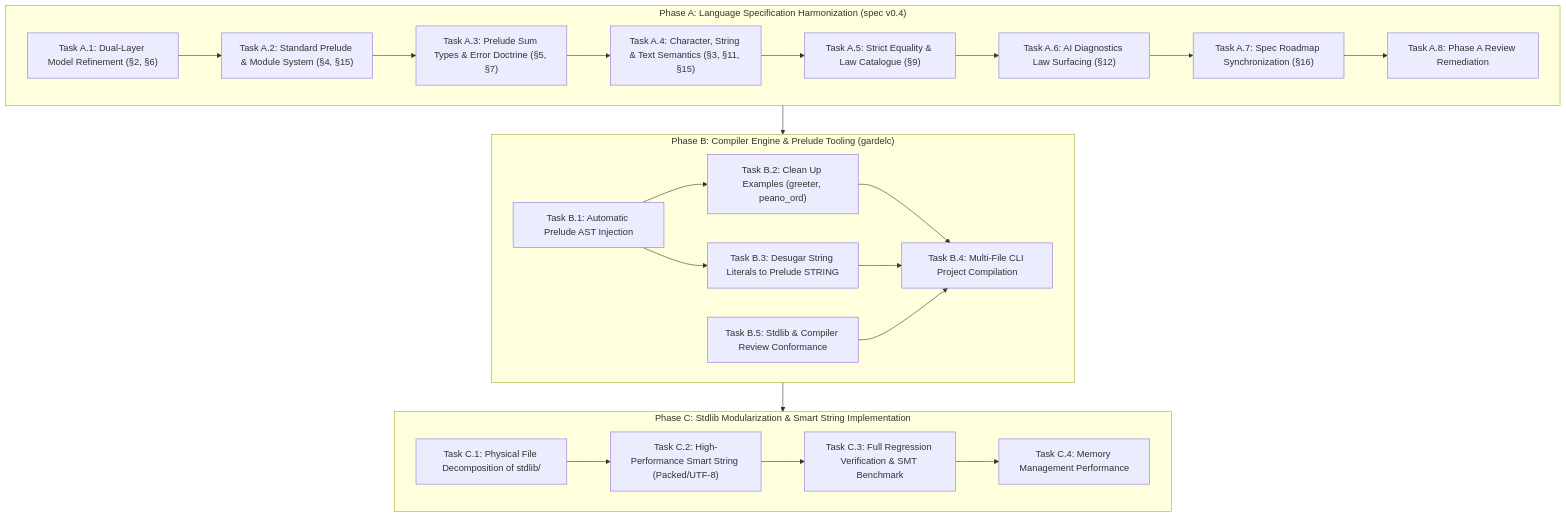
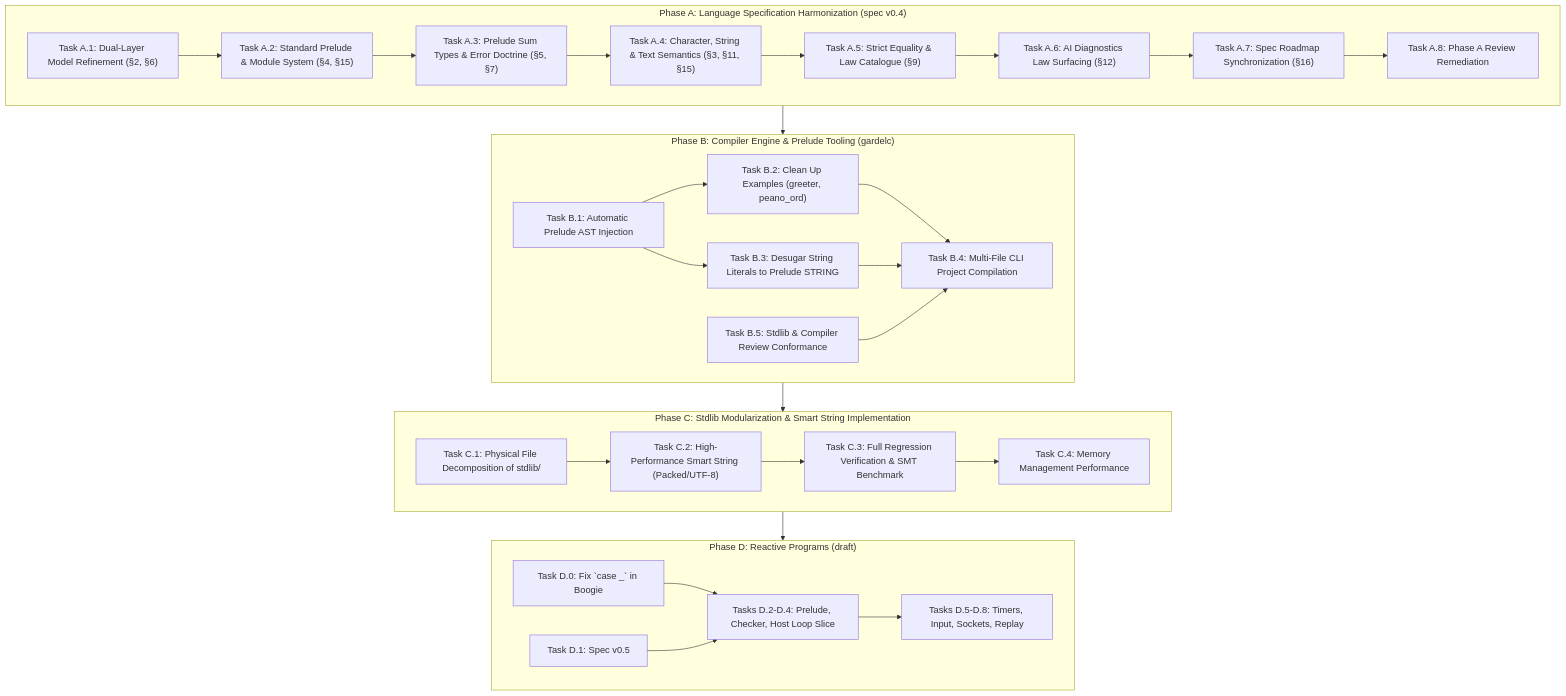
Before and after one commit to GardelPL/gardel: the first of 2 diagrams in plan/Roadmap.md, drawn with Mermaid. The commit also changed other lines of this file and 10 other files, not shown here.

Commit message:
Updated code and Roadmap.

````diff
--- a/plan/Roadmap.md
+++ b/plan/Roadmap.md
@@ -54,37 +54,46 @@
 ```mermaid
 flowchart TD
     subgraph PhaseA ["Phase A: Language Specification Harmonization (spec v0.4)"]
         A1["Task A.1: Dual-Layer Model Refinement (§2, §6)"]
         A2["Task A.2: Standard Prelude & Module System (§4, §15)"]
         A3["Task A.3: Prelude Sum Types & Error Doctrine (§5, §7)"]
         A4["Task A.4: Character, String & Text Semantics (§3, §11, §15)"]
         A5["Task A.5: Strict Equality & Law Catalogue (§9)"]
         A6["Task A.6: AI Diagnostics Law Surfacing (§12)"]
         A7["Task A.7: Spec Roadmap Synchronization (§16)"]
         A8["Task A.8: Phase A Review Remediation"]
         A1 --> A2 --> A3 --> A4 --> A5 --> A6 --> A7 --> A8
     end
 
     subgraph PhaseB ["Phase B: Compiler Engine & Prelude Tooling (gardelc)"]
         B1["Task B.1: Automatic Prelude AST Injection"]
         B2["Task B.2: Clean Up Examples (greeter, peano_ord)"]
         B3["Task B.3: Desugar String Literals to Prelude STRING"]
         B4["Task B.4: Multi-File CLI Project Compilation"]
         B5["Task B.5: Stdlib & Compiler Review Conformance"]
         B1 --> B2
         B1 --> B3
         B2 --> B4
         B3 --> B4
         B5 --> B4
     end
 
     subgraph PhaseC ["Phase C: Stdlib Modularization & Smart String Implementation"]
         C1["Task C.1: Physical File Decomposition of stdlib/"]
         C2["Task C.2: High-Performance Smart String (Packed/UTF-8)"]
         C3["Task C.3: Full Regression Verification & SMT Benchmark"]
         C4["Task C.4: Memory Management Performance"]
         C1 --> C2 --> C3 --> C4
     end
 
-    PhaseA --> PhaseB --> PhaseC
+    subgraph PhaseD ["Phase D: Reactive Programs (draft)"]
+        D0["Task D.0: Fix `case _` in Boogie"]
+        D1["Task D.1: Spec v0.5"]
+        D2["Tasks D.2-D.4: Prelude, Checker, Host Loop Slice"]
+        D3["Tasks D.5-D.8: Timers, Input, Sockets, Replay"]
+        D0 --> D2
+        D1 --> D2 --> D3
+    end
+
+    PhaseA --> PhaseB --> PhaseC --> PhaseD
 ```
````
